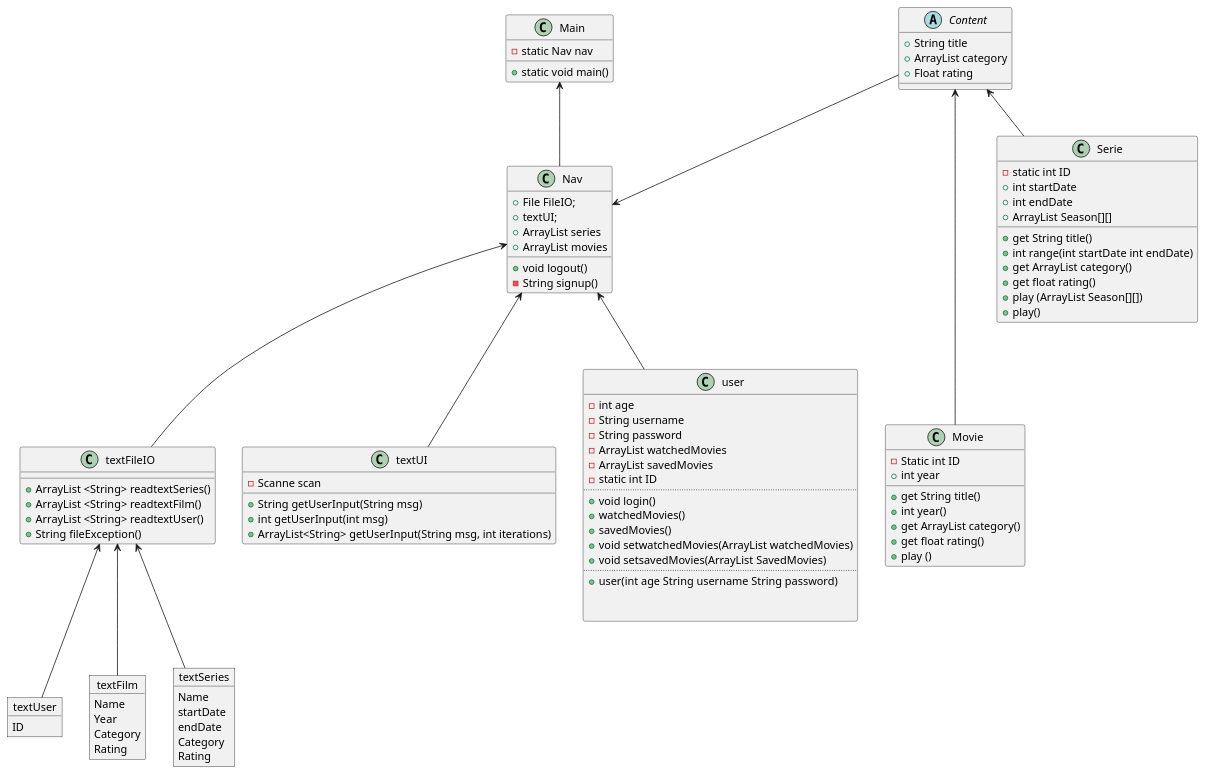
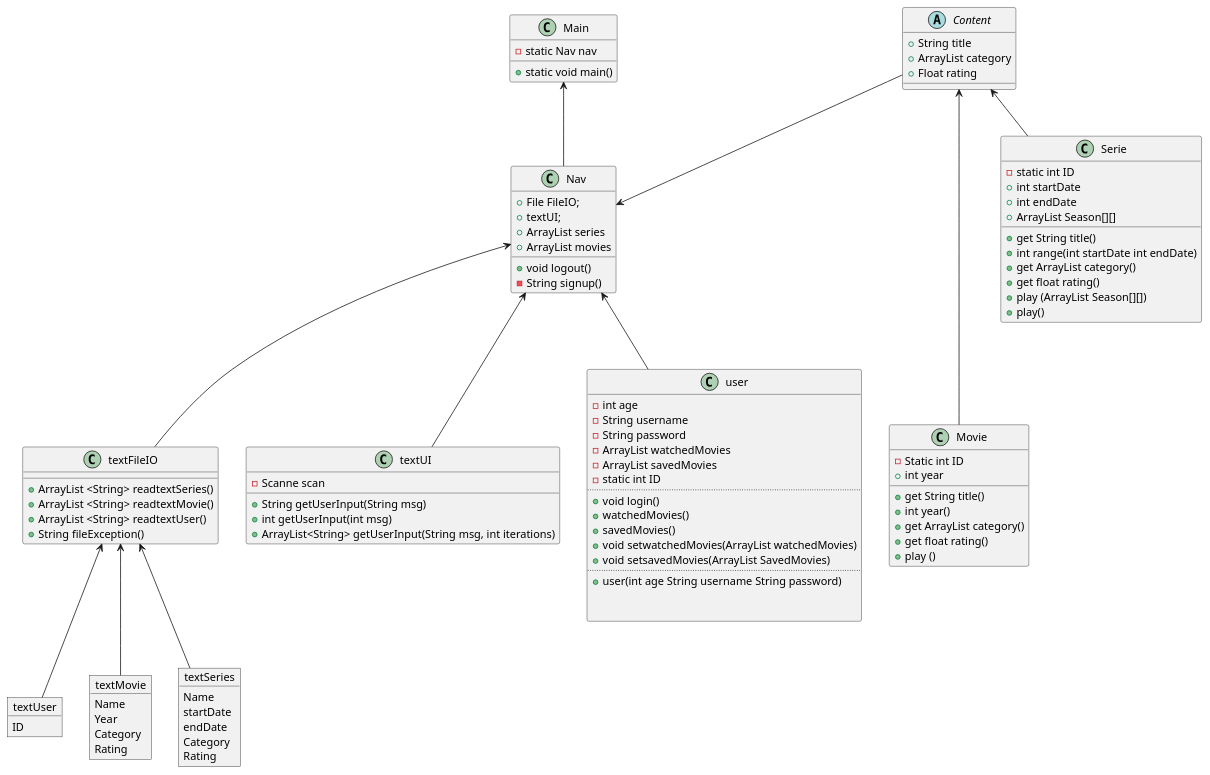
Before and after one commit to bakkary/Streaming-Tjeneste: the diagram in showandtell/Dokumentation/d.puml, drawn with PlantUML. The commit also changed 12 other files, not shown here.

```diff
--- a/showandtell/Dokumentation/d.puml
+++ b/showandtell/Dokumentation/d.puml
@@ -1,127 +1,127 @@
 @startuml
 'https://plantuml.com/class-diagram
 
 class Main{
 - static Nav nav
 + static void main()
 
 }
 
 class Nav {
 + File FileIO;
 + textUI;
 + ArrayList series
 + ArrayList movies
 + void logout()
 - String signup()
 
 
 }
 
 Content --> Nav
 Main <-- Nav
 
 
 
 class textFileIO{
 + ArrayList <String> readtextSeries()
-+ ArrayList <String> readtextFilm()
++ ArrayList <String> readtextMovie()
 + ArrayList <String> readtextUser()
 + String fileException()
 }
 
 class textUI{
 - Scanne scan
 + String getUserInput(String msg)
 + int getUserInput(int msg)
 + ArrayList<String> getUserInput(String msg, int iterations)
 
 }
 class user{
 - int age
 - String username
 - String password
 - ArrayList watchedMovies
 - ArrayList savedMovies
 - static int ID
 ..
 + void login()
 + watchedMovies()
 + savedMovies()
 + void setwatchedMovies(ArrayList watchedMovies)
 + void setsavedMovies(ArrayList SavedMovies)
 ..
 + user(int age String username String password)
 
 
 }
 
 
 
 
 Nav <-- user
 Nav <-- textFileIO
 Nav <-- textUI
 
 Content <--- Movie
 Content <-down-  Serie
 
 class Movie{
 - Static int ID
 + int year
 + get String title()
 + int year()
 + get ArrayList category()
 + get float rating()
 + play ()
 }
 
 class Serie{
 - static int ID
 + int startDate
 + int endDate
 + get String title()
 +  int range(int startDate int endDate)
 + get ArrayList category()
 + get float rating()
 + ArrayList Season[][]
 + play (ArrayList Season[][])
 + play()
 }
 
 
 object textUser{
 ID
 }
 
 
 
-object textFilm{
+object textMovie{
 Name
 Year
 Category
 Rating
 }
 
 object textSeries{
 Name
 startDate
 endDate
 Category
 Rating
 }
 
 
 
 abstract Content{
 + String title
 + ArrayList category
 + Float rating
 }
 
 
-textFileIO <-- textFilm
+textFileIO <-- textMovie
 textFileIO <-- textUser
 textFileIO <-- textSeries
 
 @enduml
```
